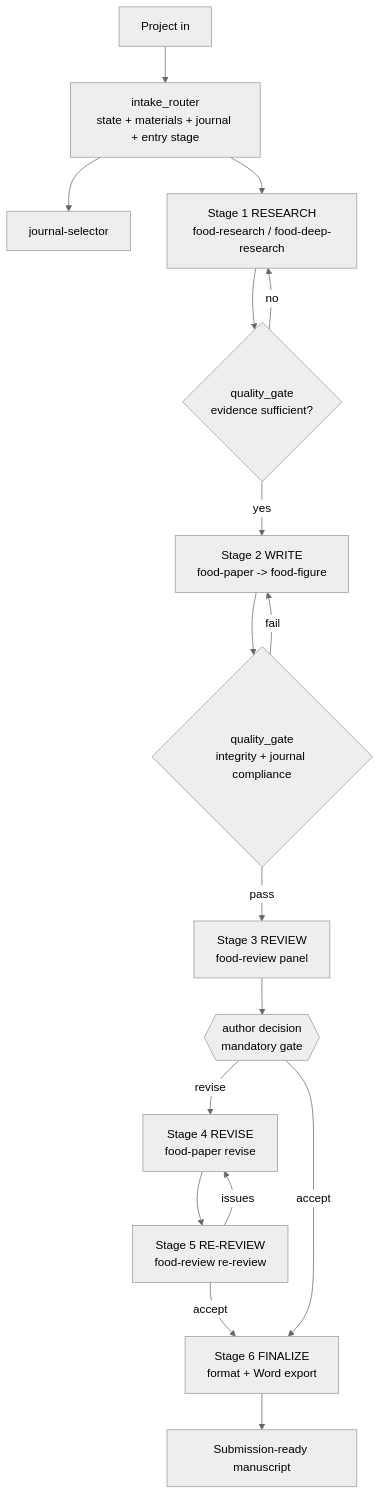
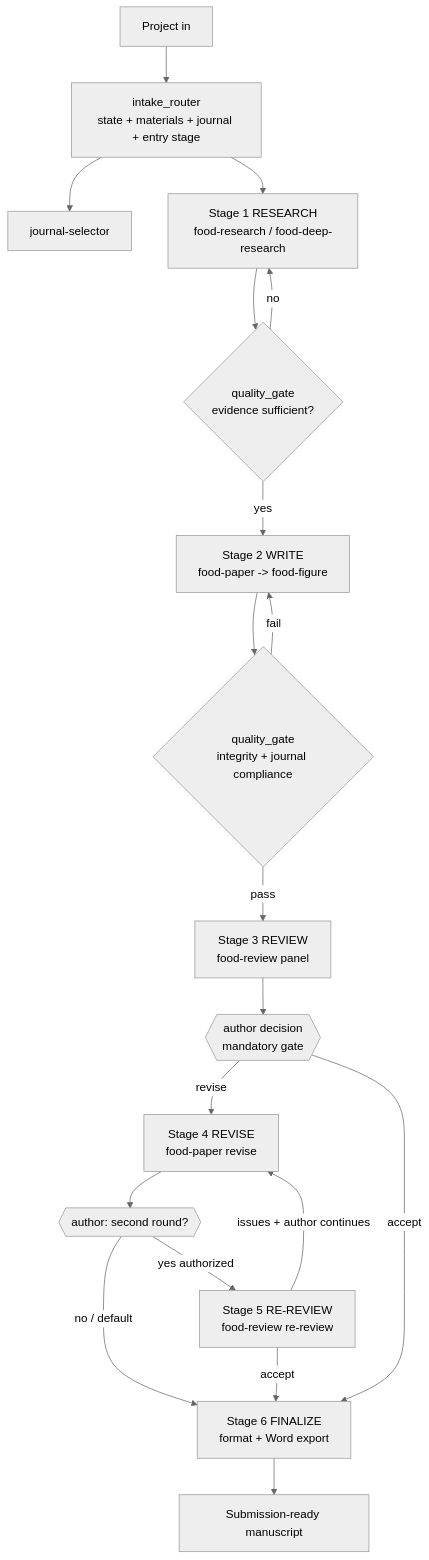
One commit to PangenomeAI/academic-skills-food-nutrition changed the diagram in food-pipeline/SKILL.md. Above: the diagram before and after it, drawn with Mermaid (neutral theme). The commit also changed other lines of this file and 11 other files, not shown here.

````diff
--- a/food-pipeline/SKILL.md
+++ b/food-pipeline/SKILL.md
@@ -61,19 +73,21 @@
 ```mermaid
 flowchart TD
     A[Project in] --> R[intake_router<br/>state + materials + journal + entry stage]
     R --> J[journal-selector]
     R --> S1[Stage 1 RESEARCH<br/>food-research / food-deep-research]
     S1 --> G1{quality_gate<br/>evidence sufficient?}
     G1 -- yes --> S2[Stage 2 WRITE<br/>food-paper -> food-figure]
     G1 -- no --> S1
     S2 --> G2{quality_gate<br/>integrity + journal compliance}
     G2 -- pass --> S3[Stage 3 REVIEW<br/>food-review panel]
     G2 -- fail --> S2
     S3 --> G3{{author decision<br/>mandatory gate}}
     G3 -- revise --> S4[Stage 4 REVISE<br/>food-paper revise]
-    S4 --> S5[Stage 5 RE-REVIEW<br/>food-review re-review]
-    S5 -- issues --> S4
-    S5 -- accept --> S6[Stage 6 FINALIZE<br/>format + Word export]
+    S4 --> G4{{author: second round?}}
+    G4 -- no / default --> S6[Stage 6 FINALIZE<br/>format + Word export]
+    G4 -- yes authorized --> S5[Stage 5 RE-REVIEW<br/>food-review re-review]
+    S5 -- issues + author continues --> S4
+    S5 -- accept --> S6
     G3 -- accept --> S6
     S6 --> OUT[Submission-ready manuscript]
 ```
````
